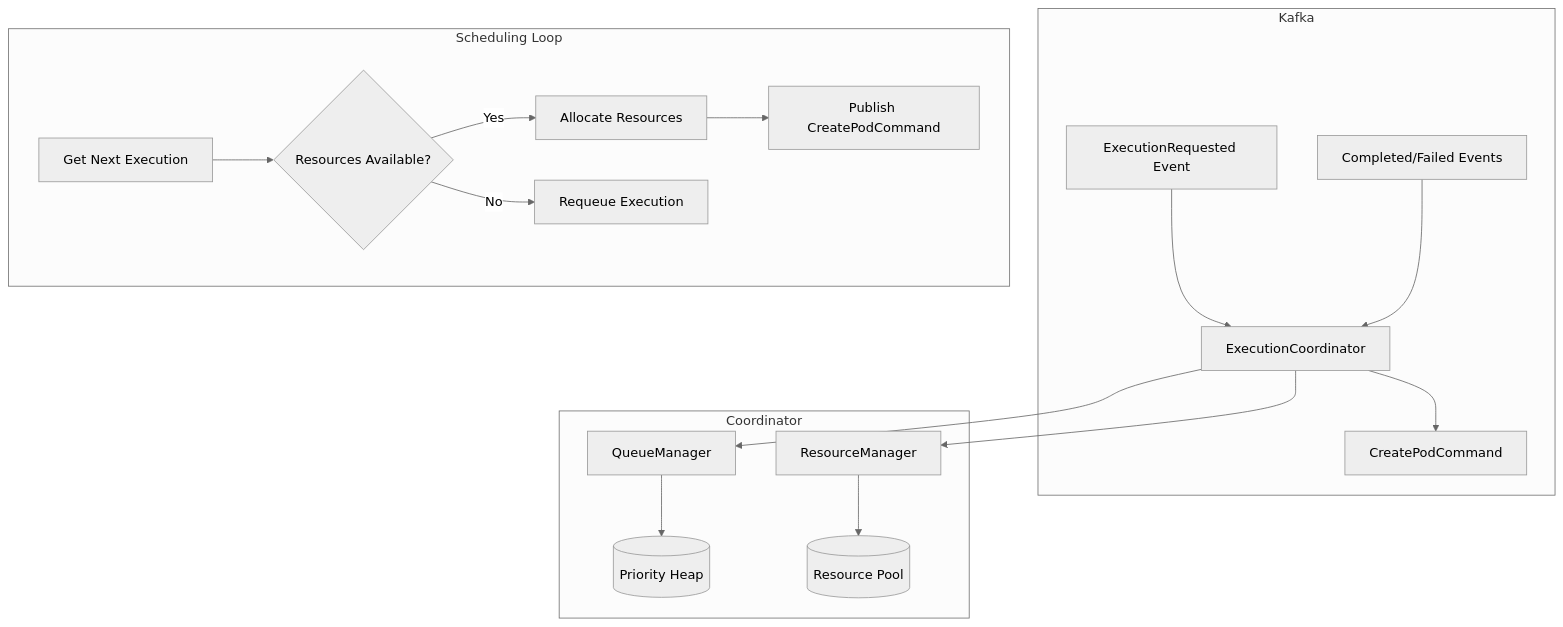
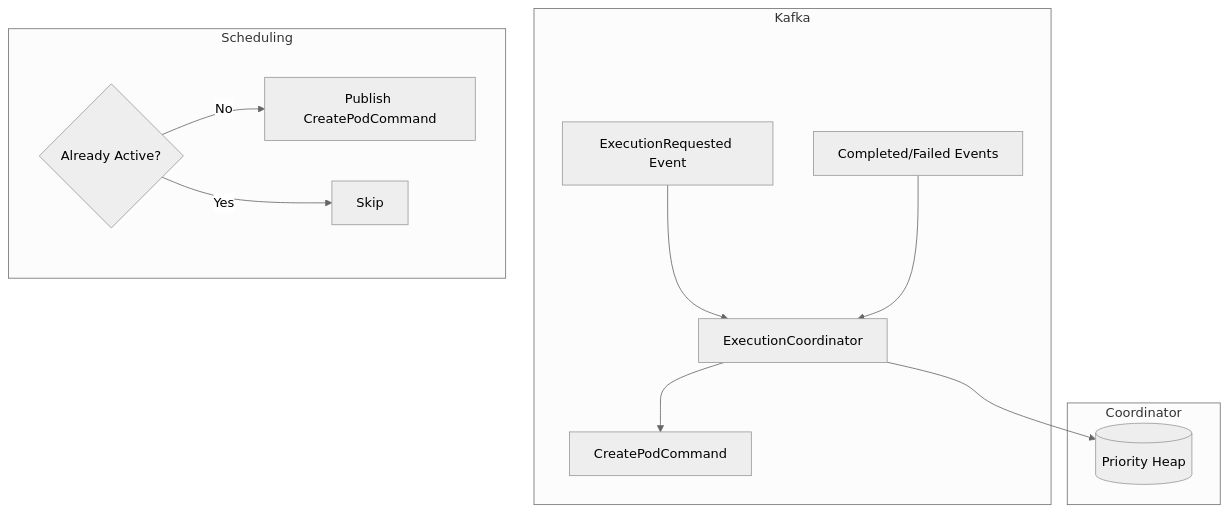
The diagram in docs/architecture/execution-queue.md (HardMax71/Integr8sCode), drawn with Mermaid (neutral theme) before and after one commit. The commit also changed other lines of this file and 29 other files, not shown here.

````diff
--- a/docs/architecture/execution-queue.md
+++ b/docs/architecture/execution-queue.md
@@ -9,22 +9,17 @@
 ```mermaid
 flowchart TB
     subgraph Kafka
         REQ[ExecutionRequested Event] --> COORD[ExecutionCoordinator]
         COORD --> CMD[CreatePodCommand]
         RESULT[Completed/Failed Events] --> COORD
     end
 
     subgraph Coordinator
-        COORD --> QUEUE[QueueManager]
-        COORD --> RESOURCES[ResourceManager]
-        QUEUE --> HEAP[(Priority Heap)]
-        RESOURCES --> POOL[(Resource Pool)]
+        COORD --> HEAP[(Priority Heap)]
     end
 
-    subgraph Scheduling Loop
-        LOOP[Get Next Execution] --> CHECK{Resources Available?}
-        CHECK -->|Yes| ALLOCATE[Allocate Resources]
-        CHECK -->|No| REQUEUE[Requeue Execution]
-        ALLOCATE --> PUBLISH[Publish CreatePodCommand]
+    subgraph Scheduling
+        DEDUP{Already Active?} -->|No| PUBLISH[Publish CreatePodCommand]
+        DEDUP -->|Yes| SKIP[Skip]
     end
 ```
````
